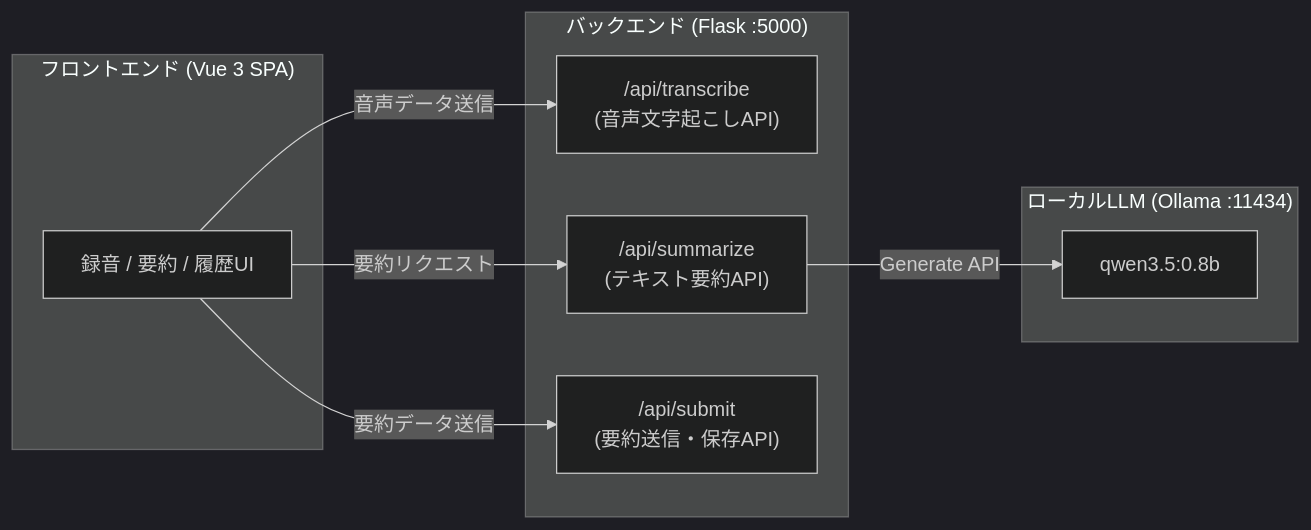
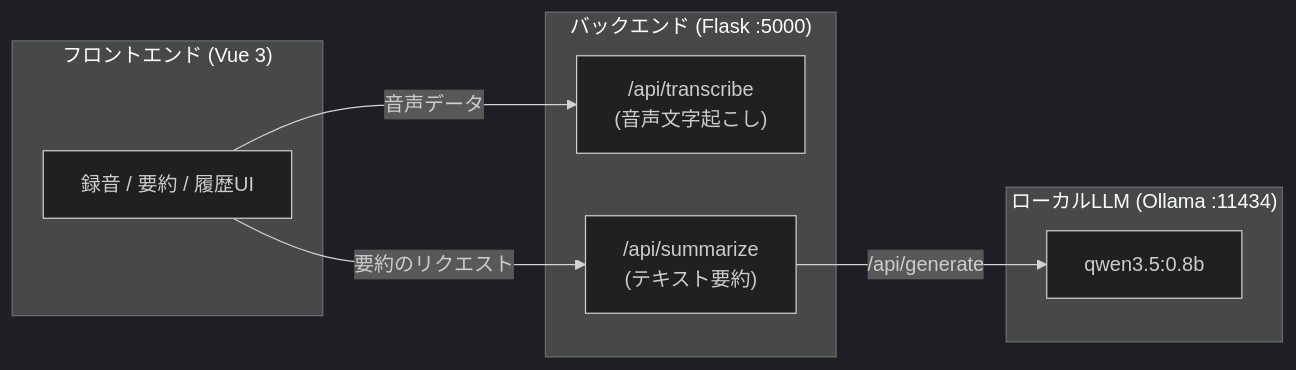
Before and after one commit to mie-u-psd-2026/mu-psd05: the diagram in readme.md, drawn with Mermaid (dark theme). The commit also changed other lines of this file, not shown here.

````diff
--- a/readme.md
+++ b/readme.md
@@ -24,21 +132,19 @@
 ```mermaid
 flowchart LR
-    subgraph Client["フロントエンド (Vue 3 SPA)"]
+    subgraph Client["フロントエンド (Vue 3)"]
         UI["録音 / 要約 / 履歴UI"]
     end
 
     subgraph Backend["バックエンド (Flask :5000)"]
-        API_T["/api/transcribe<br>(音声文字起こしAPI)"]
-        API_S["/api/summarize<br>(テキスト要約API)"]
-        API_Sub["/api/submit<br>(要約送信・保存API)"]
+        API_T["/api/transcribe<br>(音声文字起こし)"]
+        API_S["/api/summarize<br>(テキスト要約)"]
     end
 
     subgraph AI["ローカルLLM (Ollama :11434)"]
         Model["qwen3.5:0.8b"]
     end
 
-    UI -->|音声データ送信| API_T
-    UI -->|要約リクエスト| API_S
-    UI -->|要約データ送信| API_Sub
-    API_S -->|Generate API| Model
+    UI -->|音声データ| API_T
+    UI -->|要約のリクエスト| API_S
+    API_S -->|"/api/generate"| Model
 ```
````
